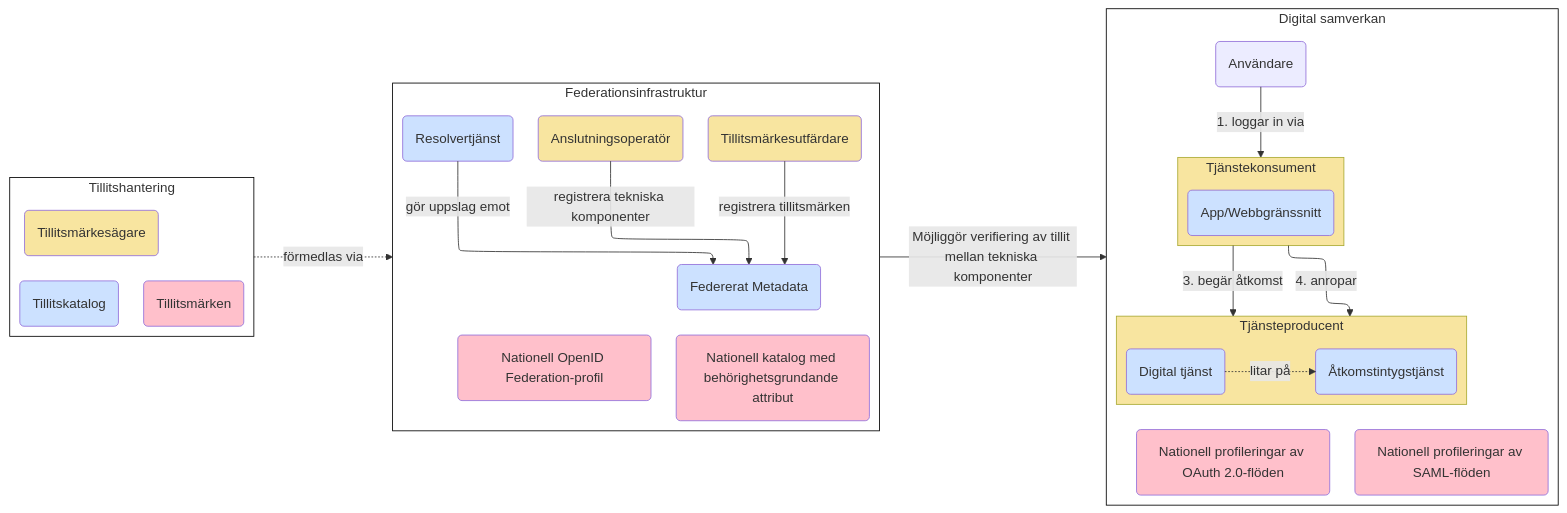
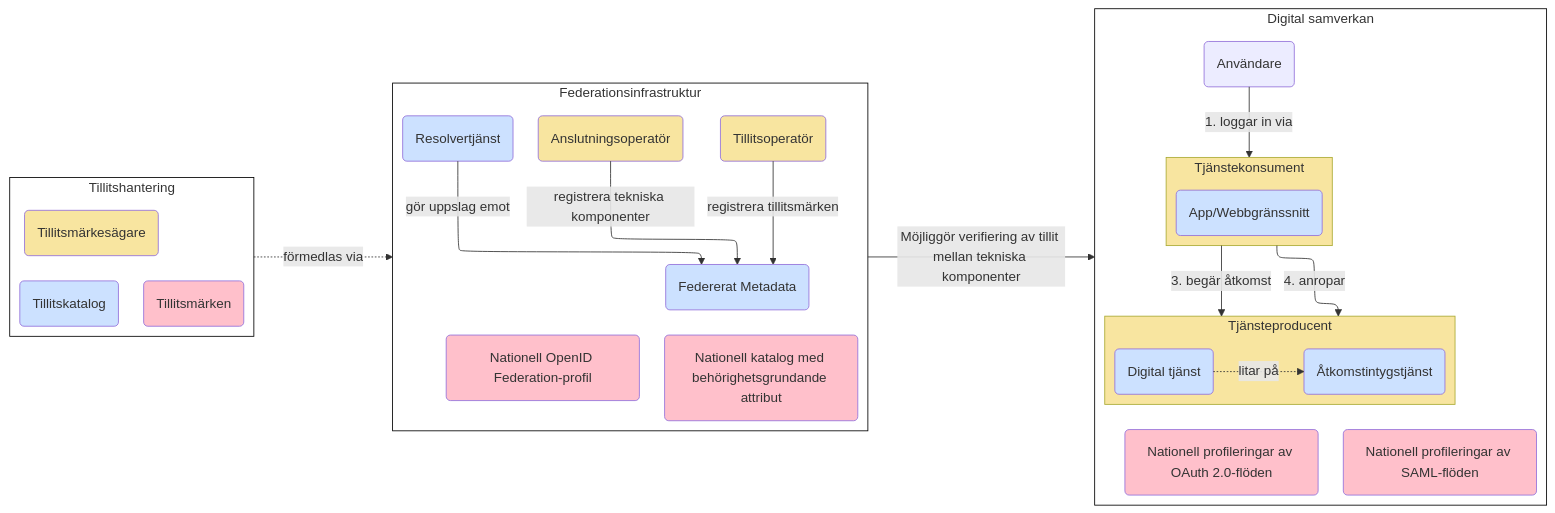
The tenth of 10 diagrams in architecture/drafts/IAM_TargetArchitecture_Sweden.md (diggsweden/ena-authorization), drawn with Mermaid before and after one commit. The commit also changed other lines of this file, not shown here.

````diff
--- a/architecture/drafts/IAM_TargetArchitecture_Sweden.md
+++ b/architecture/drafts/IAM_TargetArchitecture_Sweden.md
@@ -461,63 +459,63 @@
 ```mermaid
 %%{init: {"flowchart": {"defaultRenderer": "elk"}} }%%
 flowchart LR
 
 classDef org fill:#F8E5A0
 classDef comp fill:#CCE1FF
 classDef box fill:#ffffff,stroke:#000000
 classDef spec fill:#FFC0CB
 
 subgraph ds[Digital samverkan]
     direction TB
 
     u(Användare)
     subgraph tk[Tjänstekonsument]
         k(App/Webbgränssnitt):::comp
     end
     tk:::org
     u --<p>1. loggar in via-->tk
 
     subgraph tp[Tjänsteproducent]
         t(Digital tjänst)-.litar på.->as(Åtkomstintygstjänst)
         t:::comp
         as:::comp
     end
     tp:::org
     oauth(Nationell profileringar av OAuth 2.0-flöden):::spec  
     saml(Nationell profileringar av SAML-flöden):::spec  
 
     tk--<p>4. anropar-->tp
     tk--<p>3. begär åtkomst-->tp
     tp ~~~ oauth & saml
 end
 ds:::box
 
 subgraph fed[Federationsinfrastruktur]
     direction TB
     r(Resolvertjänst):::comp
     op(Anslutningsoperatör):::org
-    tmop(Tillitsmärkesutfärdare):::org
+    tmop(Tillitsoperatör):::org
     m(Federerat Metadata):::comp
     oidf(Nationell OpenID Federation-profil):::spec
     beh(Nationell katalog med behörighetsgrundande attribut):::spec
 
     tmop--registrera tillitsmärken-->m
     op--registrera tekniska komponenter-->m
     r--gör uppslag emot -->m
     m~~~oidf & beh
 end
 fed:::box
 
 subgraph tillit[Tillitshantering]
     direction TB
     tmk(Tillitskatalog):::comp
     tm(Tillitsmärken):::spec
     tmä(Tillitsmärkesägare):::org
     tmä ~~~ tm & tmk
 end
 tillit:::box
 
 fed--Möjliggör verifiering av tillit mellan tekniska komponenter-->ds
 tillit-.förmedlas via.->fed
 
 ```
````
